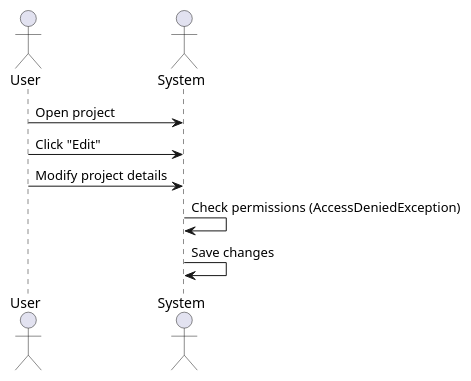
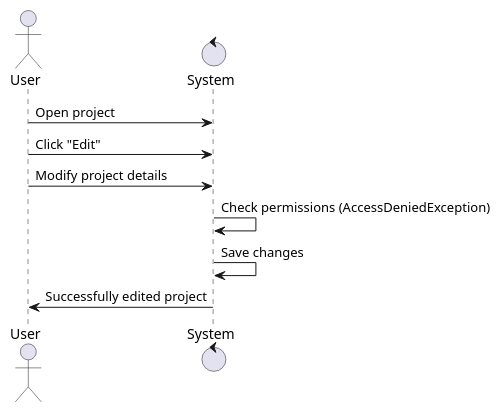
The tenth of 20 diagrams in docs/use cases/README.md (luckyscammer/IO-35_DB_gr4), drawn with PlantUML before and after one commit.

Commit message:
Fixed EditProject diagram

```diff
--- a/docs/use cases/README.md
+++ b/docs/use cases/README.md
@@ -199,12 +199,13 @@
 @startuml
 
 actor User
-actor System
+control System
 
 User -> System: Open project
 User -> System: Click "Edit"
 User -> System: Modify project details
 System -> System: Check permissions (AccessDeniedException)
 System -> System: Save changes
+System -> User: Successfully edited project
 
 @enduml
```
